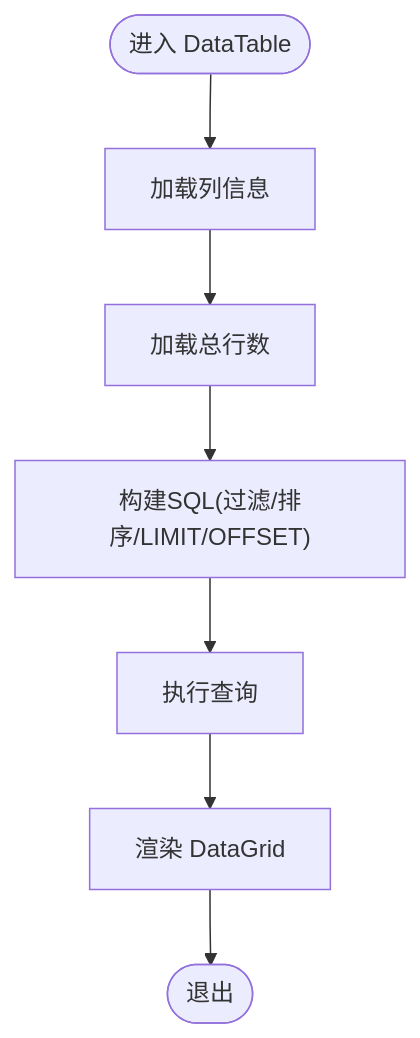
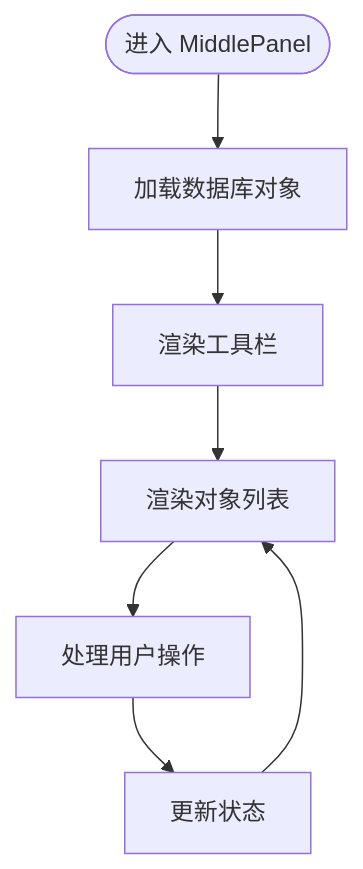
One commit to wwenbo2048/nexsql changed the fifth of 8 diagrams in .qoder/repowiki/zh/content/架构设计/组件系统架构/组件系统架构.md. Above: the diagram before and after it, drawn with Mermaid. The commit also changed other lines of this file and 19 other files, not shown here.

````diff
--- a/.qoder/repowiki/zh/content/架构设计/组件系统架构/组件系统架构.md
+++ b/.qoder/repowiki/zh/content/架构设计/组件系统架构/组件系统架构.md
@@ -342,9 +294,9 @@
 ```mermaid
 flowchart TD
-Enter(["进入 DataTable"]) --> LoadCols["加载列信息"]
-LoadCols --> LoadCount["加载总行数"]
-LoadCount --> BuildSQL["构建SQL(过滤/排序/LIMIT/OFFSET)"]
-BuildSQL --> ExecQuery["执行查询"]
-ExecQuery --> RenderGrid["渲染 DataGrid"]
-RenderGrid --> Exit(["退出"])
+Enter(["进入 MiddlePanel"]) --> LoadData["加载数据库对象"]
+LoadData --> RenderToolbar["渲染工具栏"]
+RenderToolbar --> RenderList["渲染对象列表"]
+RenderList --> HandleActions["处理用户操作"]
+HandleActions --> UpdateState["更新状态"]
+UpdateState --> RenderList
 ```
````
